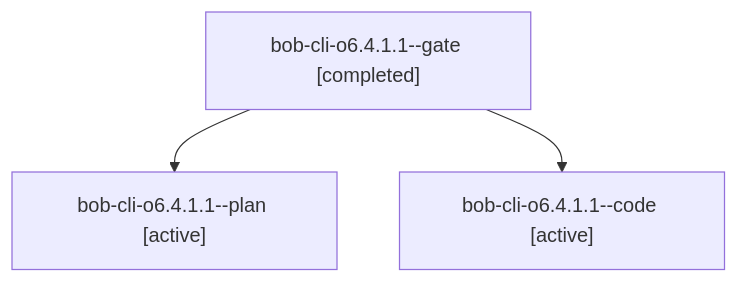
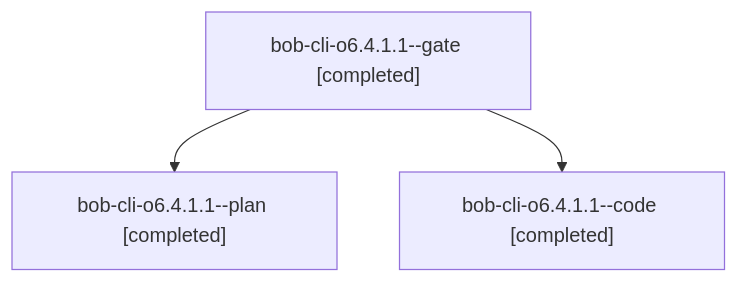
One commit to bobs-org/bob-cli--agents changed the diagram in sessions/bbugyi200.athena.bob-cli-o6.4.1.1.md. Above: the diagram before and after it, drawn with Mermaid. The commit also changed other lines of this file and 51 other files, not shown here.

````diff
--- a/sessions/bbugyi200.athena.bob-cli-o6.4.1.1.md
+++ b/sessions/bbugyi200.athena.bob-cli-o6.4.1.1.md
@@ -9,8 +9,8 @@
 ```mermaid
 flowchart TD
   n0["bob-cli-o6.4.1.1--gate [completed]"]
-  n1["bob-cli-o6.4.1.1--plan [active]"]
+  n1["bob-cli-o6.4.1.1--plan [completed]"]
   n0 --> n1
-  n2["bob-cli-o6.4.1.1--code [active]"]
+  n2["bob-cli-o6.4.1.1--code [completed]"]
   n0 --> n2
 ```
````
